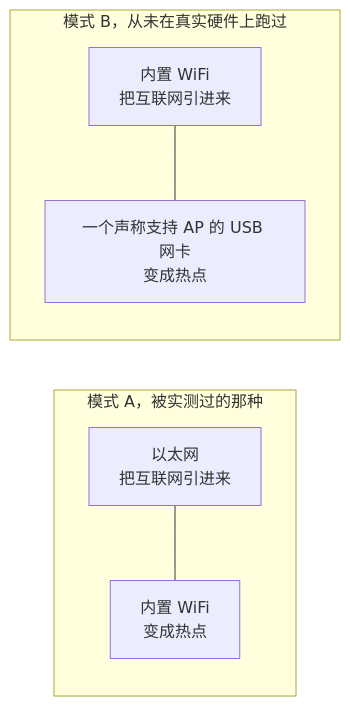
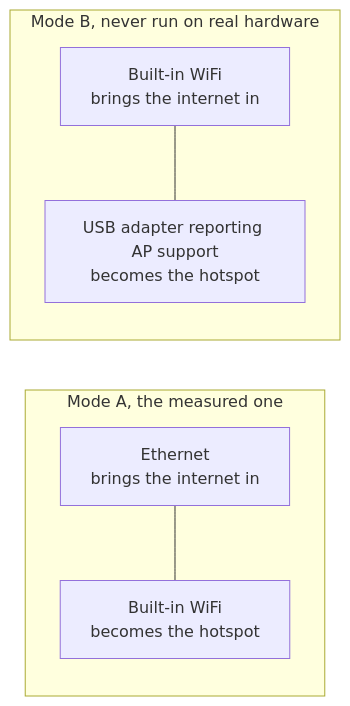
Before and after one commit to Iman/caspian: the diagram in docs/wiki/Getting-Started.zh.md, drawn with Mermaid. The commit also changed other lines of this file and 149 other files, not shown here.

````diff
--- a/docs/wiki/Getting-Started.zh.md
+++ b/docs/wiki/Getting-Started.zh.md
@@ -50,9 +62,9 @@
 ```mermaid
 flowchart LR
-    subgraph modea["模式 A，被实测过的那种"]
-        A1["以太网<br/>把互联网引进来"] --- A2["内置 WiFi<br/>变成热点"]
+    subgraph modea["Mode A, the measured one"]
+        A1["Ethernet<br/>brings the internet in"] --- A2["Built-in WiFi<br/>becomes the hotspot"]
     end
-    subgraph modeb["模式 B，从未在真实硬件上跑过"]
-        B1["内置 WiFi<br/>把互联网引进来"] --- B2["一个声称支持 AP 的 USB 网卡<br/>变成热点"]
+    subgraph modeb["Mode B, never run on real hardware"]
+        B1["Built-in WiFi<br/>brings the internet in"] --- B2["USB adapter reporting AP support<br/>becomes the hotspot"]
     end
 ```
````
